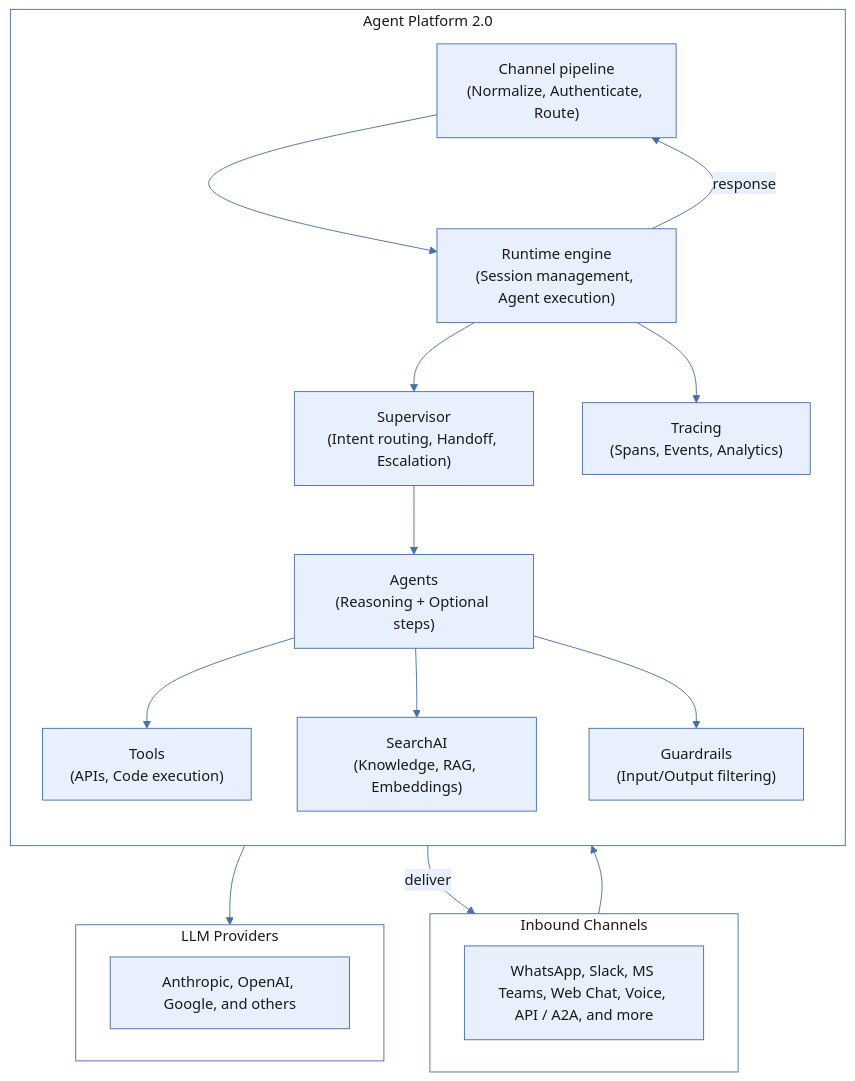
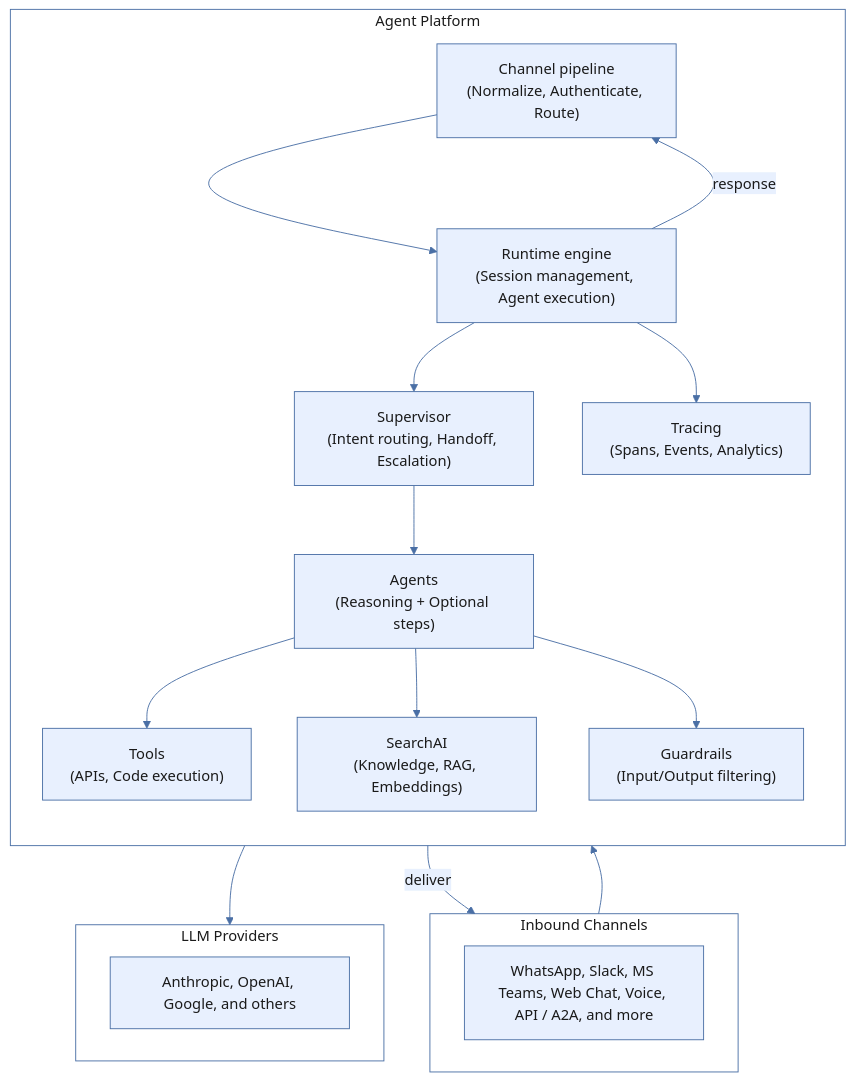
Before and after one commit to Koredotcom/docs-v2: the second of 3 diagrams in agent-platform/drafts/old_index_keep.mdx, drawn with Mermaid. The commit also changed other lines of this file and 50 other files, not shown here.

````diff
--- a/agent-platform/drafts/old_index_keep.mdx
+++ b/agent-platform/drafts/old_index_keep.mdx
@@ -52,35 +52,35 @@
 ```mermaid actions={false}
 %%{init: {'theme': 'base', 'themeVariables': {'background': 'transparent', 'primaryColor': '#e8f0fe', 'primaryTextColor': '#1a1a1a', 'primaryBorderColor': '#4a6fa5', 'lineColor': '#4a6fa5', 'secondaryColor': 'transparent', 'tertiaryColor': 'transparent', 'clusterBkg': 'transparent', 'clusterBorder': '#4a6fa5', 'titleColor': '#1a1a1a', 'clusterLabelBackground': 'transparent', 'edgeLabelBackground': '#e8f0fe'}}}%%
 graph TB
     subgraph Channels["Inbound Channels"]
         CH["WhatsApp, Slack, MS Teams, Web Chat, Voice, API / A2A, and more"]
     end
 
-    subgraph Core["Agent Platform 2.0"]
+    subgraph Core["Agent Platform"]
         direction TB
         CP["Channel pipeline<br />(Normalize, Authenticate, Route)"]
         RT["Runtime engine<br />(Session management, Agent execution)"]
         Sup["Supervisor<br />(Intent routing, Handoff, Escalation)"]
         Agents["Agents<br />(Reasoning + Optional steps)"]
         TL["Tools<br />(APIs, Code execution)"]
         SAI["SearchAI<br />(Knowledge, RAG, Embeddings)"]
         GR["Guardrails<br />(Input/Output filtering)"]
         Trace["Tracing<br />(Spans, Events, Analytics)"]
     end
 
     subgraph LLM["LLM Providers"]
         LLMList["Anthropic, OpenAI, Google, and others"]
     end
 
     Channels --> CP
     CP --> RT
     RT --> Sup
     Sup --> Agents
     Agents --> TL
     Agents --> SAI
     Agents --> GR
     Agents --> LLM
     RT --> Trace
     RT -->|"response"| CP
     CP -->|"deliver"| Channels
 ```
````
